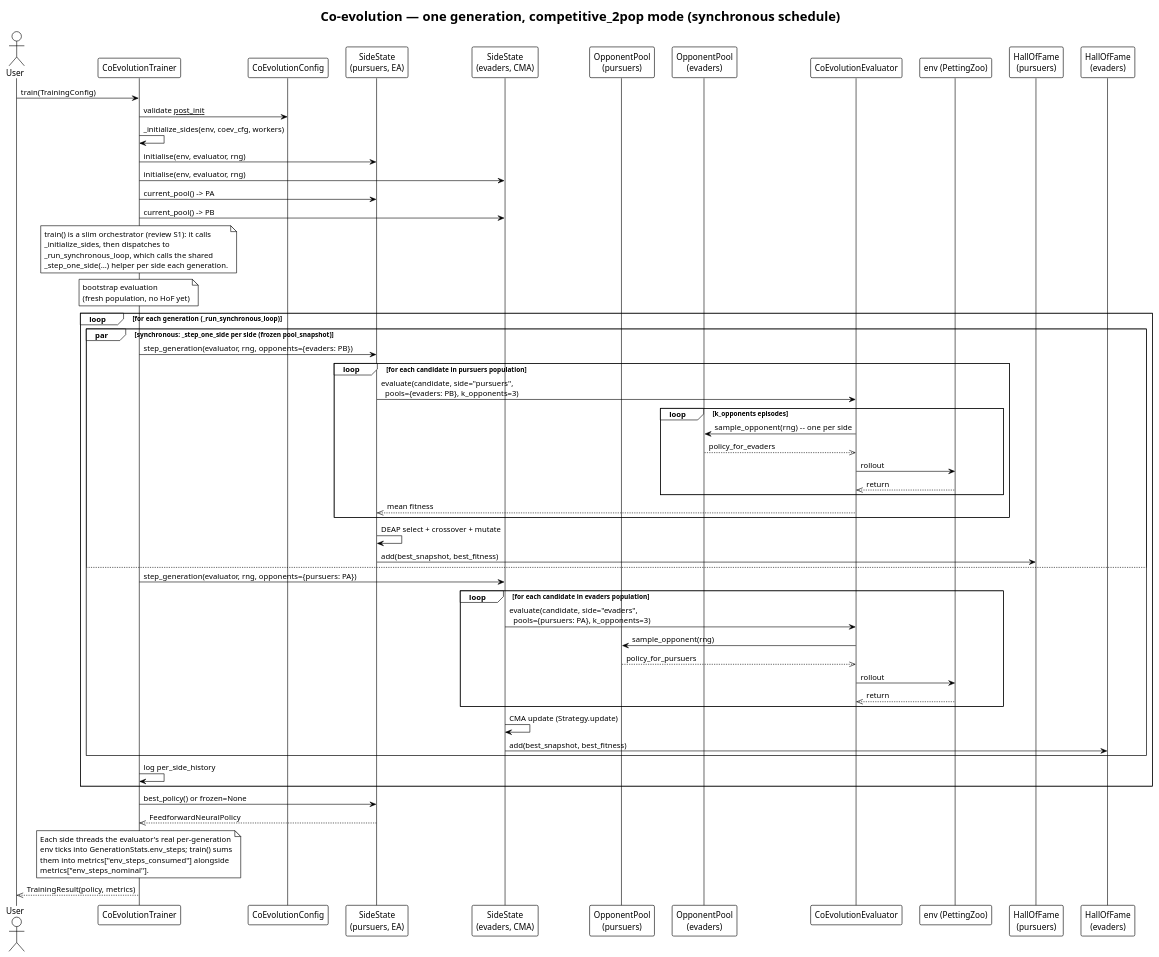
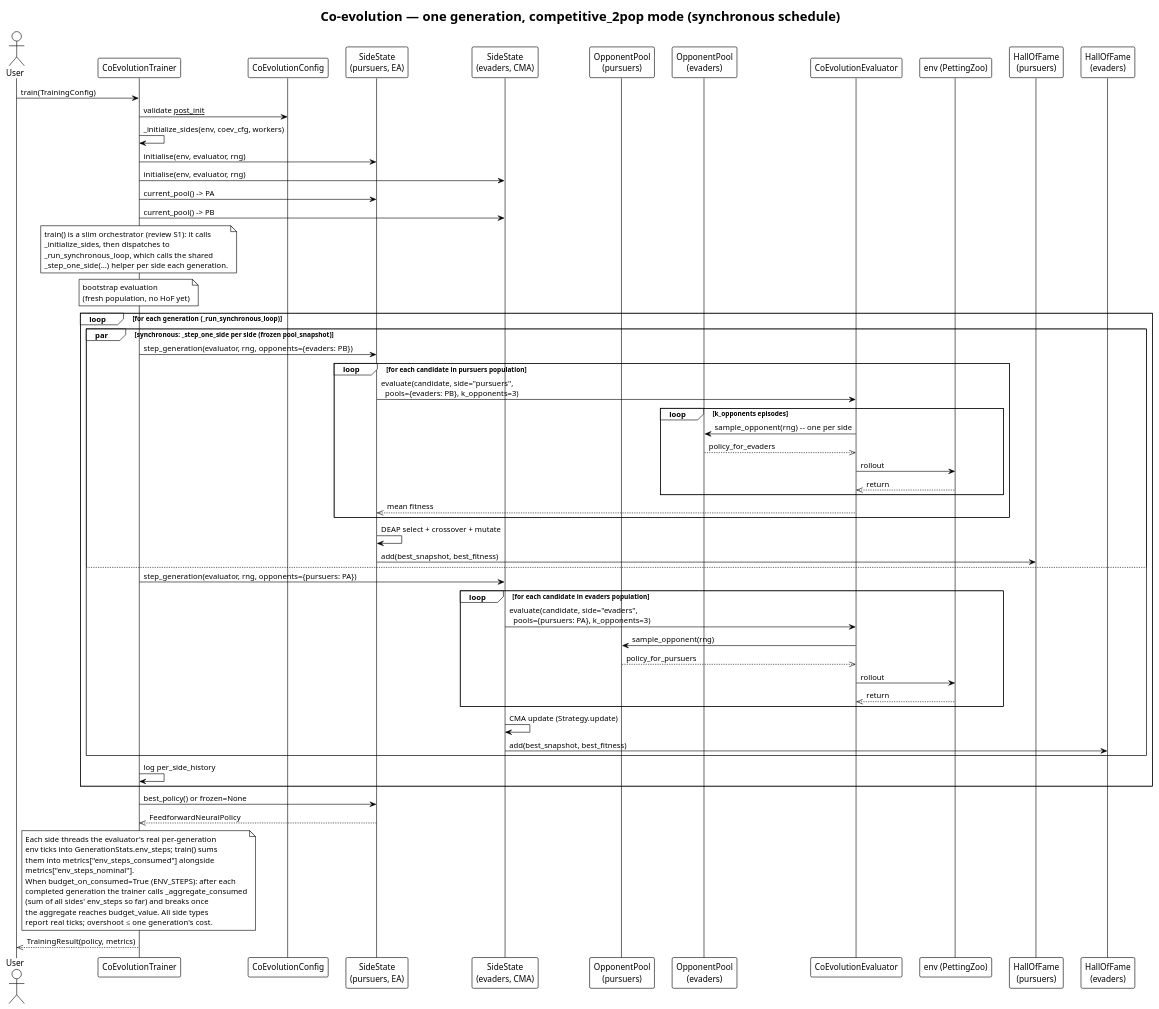
Before and after one commit to Alex180504/DEAP-Zoo-bridge: the diagram in docs/UML/sequence_coevolution_competitive.puml, drawn with PlantUML. The commit also changed 11 other files, not shown here.

```diff
--- a/docs/UML/sequence_coevolution_competitive.puml
+++ b/docs/UML/sequence_coevolution_competitive.puml
@@ -1,74 +1,79 @@
 @startuml sequence_coevolution_competitive
 !theme plain
 title Co-evolution — one generation, competitive_2pop mode (synchronous schedule)
 
 actor User
 participant "CoEvolutionTrainer" as T
 participant "CoEvolutionConfig" as C
 participant "SideState\n(pursuers, EA)" as SA
 participant "SideState\n(evaders, CMA)" as SB
 participant "OpponentPool\n(pursuers)" as PA
 participant "OpponentPool\n(evaders)" as PB
 participant "CoEvolutionEvaluator" as EV
 participant "env (PettingZoo)" as ENV
 participant "HallOfFame\n(pursuers)" as HA
 participant "HallOfFame\n(evaders)" as HB
 
 User -> T : train(TrainingConfig)
 T -> C : validate __post_init__
 T -> T : _initialize_sides(env, coev_cfg, workers)
 T -> SA : initialise(env, evaluator, rng)
 T -> SB : initialise(env, evaluator, rng)
 T -> SA : current_pool() -> PA
 T -> SB : current_pool() -> PB
 
 note over T
   train() is a slim orchestrator (review S1): it calls
   _initialize_sides, then dispatches to
   _run_synchronous_loop, which calls the shared
   _step_one_side(...) helper per side each generation.
 end note
 
 note over T: bootstrap evaluation\n(fresh population, no HoF yet)
 
 loop for each generation (_run_synchronous_loop)
     par synchronous: _step_one_side per side (frozen pool_snapshot)
         T -> SA : step_generation(evaluator, rng, opponents={evaders: PB})
         loop for each candidate in pursuers population
             SA -> EV : evaluate(candidate, side="pursuers",\n  pools={evaders: PB}, k_opponents=3)
             loop k_opponents episodes
                 EV -> PB : sample_opponent(rng)  -- one per side
                 PB -->> EV : policy_for_evaders
                 EV -> ENV : rollout
                 ENV -->> EV : return
             end
             EV -->> SA : mean fitness
         end
         SA -> SA : DEAP select + crossover + mutate
         SA -> HA : add(best_snapshot, best_fitness)
     else
         T -> SB : step_generation(evaluator, rng, opponents={pursuers: PA})
         loop for each candidate in evaders population
             SB -> EV : evaluate(candidate, side="evaders",\n  pools={pursuers: PA}, k_opponents=3)
             EV -> PA : sample_opponent(rng)
             PA -->> EV : policy_for_pursuers
             EV -> ENV : rollout
             ENV -->> EV : return
         end
         SB -> SB : CMA update (Strategy.update)
         SB -> HB : add(best_snapshot, best_fitness)
     end
     T -> T : log per_side_history
 end
 
 T -> SA : best_policy() or frozen=None
 SA -->> T : FeedforwardNeuralPolicy
 note over T
   Each side threads the evaluator's real per-generation
   env ticks into GenerationStats.env_steps; train() sums
   them into metrics["env_steps_consumed"] alongside
   metrics["env_steps_nominal"].
+  When budget_on_consumed=True (ENV_STEPS): after each
+  completed generation the trainer calls _aggregate_consumed
+  (sum of all sides' env_steps so far) and breaks once
+  the aggregate reaches budget_value. All side types
+  report real ticks; overshoot ≤ one generation's cost.
 end note
 T -->> User : TrainingResult(policy, metrics)
 
 @enduml
```
